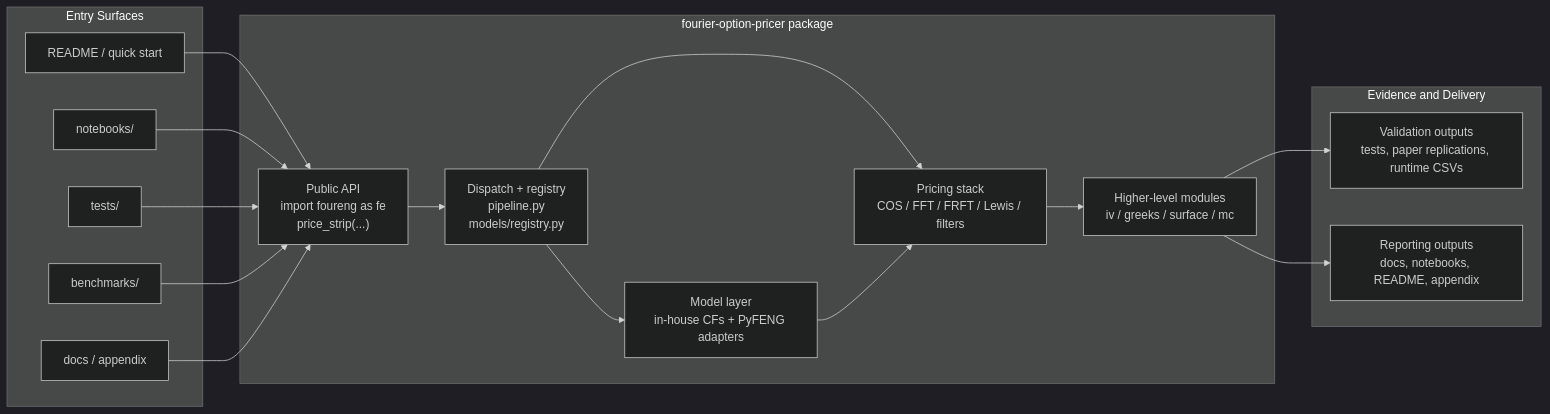
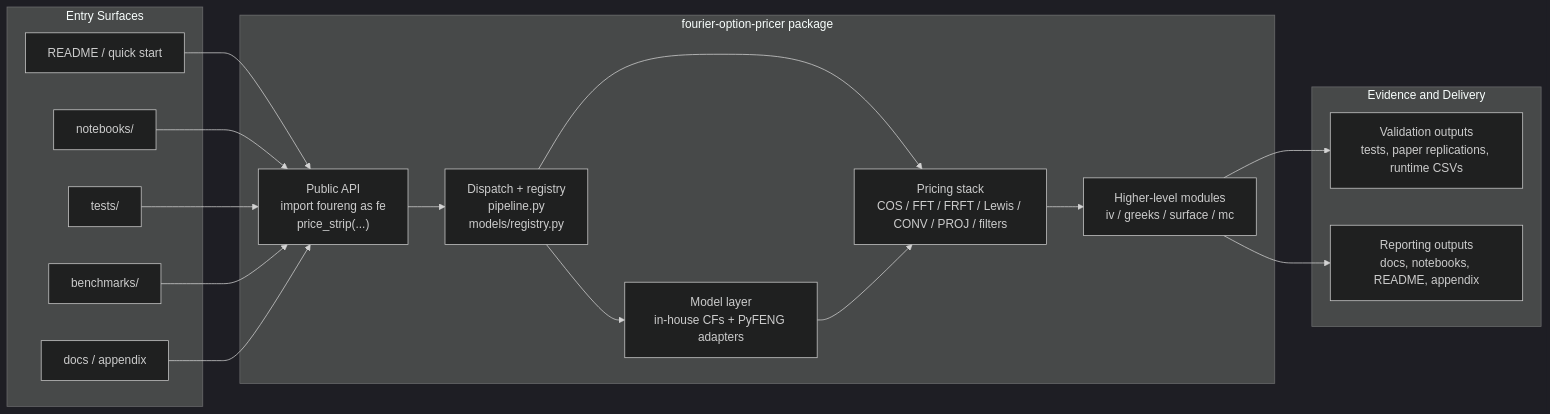
Before and after one commit to nl2992/fourier-option-pricer: the diagram in docs/architecture_overview.md, drawn with Mermaid (dark theme). The commit also changed 4 other files, not shown here.

````diff
--- a/docs/architecture_overview.md
+++ b/docs/architecture_overview.md
@@ -11,37 +11,37 @@
 ```mermaid
 flowchart LR
     subgraph entry["Entry Surfaces"]
         readme["README / quick start"]
         notebooks["notebooks/"]
         tests["tests/"]
         benchmarks["benchmarks/"]
         docs["docs / appendix"]
     end
 
     subgraph pkg["fourier-option-pricer package"]
         api["Public API<br/>import foureng as fe<br/>price_strip(...)"]
         dispatch["Dispatch + registry<br/>pipeline.py<br/>models/registry.py"]
         models["Model layer<br/>in-house CFs + PyFENG adapters"]
-        engines["Pricing stack<br/>COS / FFT / FRFT / Lewis / filters"]
+        engines["Pricing stack<br/>COS / FFT / FRFT / Lewis / CONV / PROJ / filters"]
         features["Higher-level modules<br/>iv / greeks / surface / mc"]
     end
 
     subgraph outputs["Evidence and Delivery"]
         validation["Validation outputs<br/>tests, paper replications, runtime CSVs"]
         reporting["Reporting outputs<br/>docs, notebooks, README, appendix"]
     end
 
     readme --> api
     notebooks --> api
     tests --> api
     benchmarks --> api
     docs --> api
 
     api --> dispatch
     dispatch --> models
     dispatch --> engines
     models --> engines
     engines --> features
     features --> validation
     features --> reporting
 ```
````
